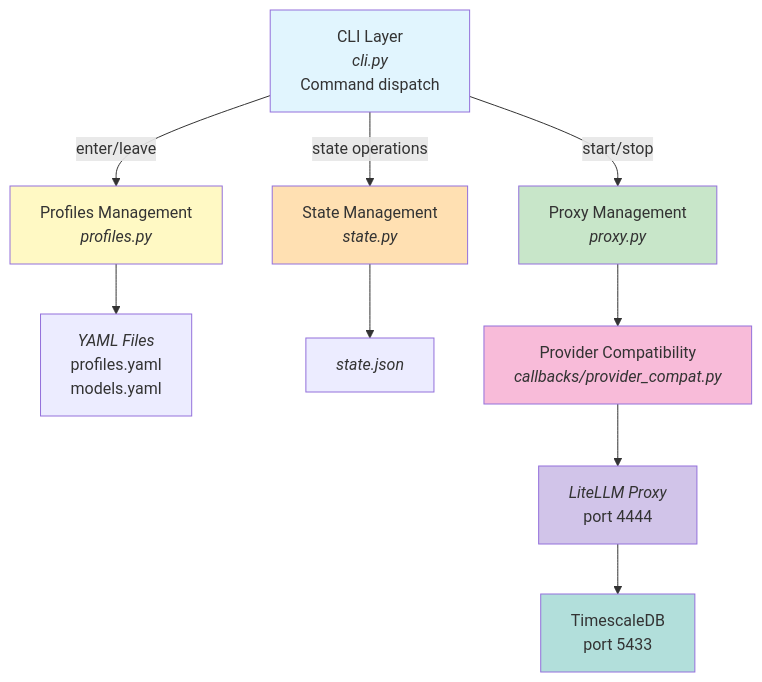
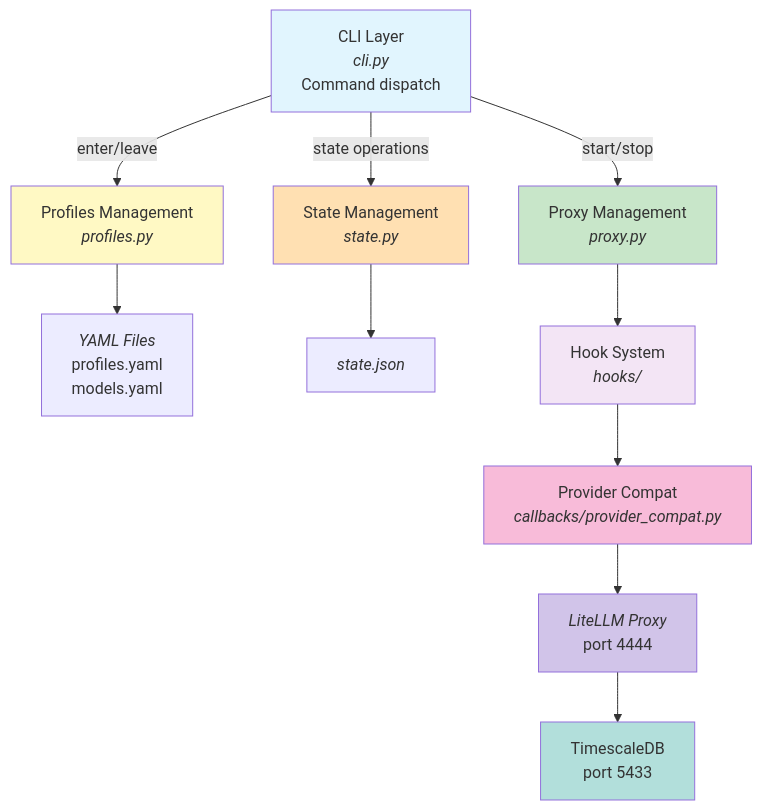
One commit to noizu/run-claude changed the diagram in docs/PROJ-ARCH.md. Above: the diagram before and after it, drawn with Mermaid. The commit also changed other lines of this file and 18 other files, not shown here.

````diff
--- a/docs/PROJ-ARCH.md
+++ b/docs/PROJ-ARCH.md
@@ -7,21 +7,23 @@
 ```mermaid
 graph TD
     CLI[CLI Layer<br/><i>cli.py</i><br/>Command dispatch] --> |enter/leave| PROFILES
     CLI --> |state operations| STATE
     CLI --> |start/stop| PROXY
 
     PROFILES[Profiles Management<br/><i>profiles.py</i>] --> YAML[<i>YAML Files</i><br/>profiles.yaml<br/>models.yaml]
     STATE[State Management<br/><i>state.py</i>] --> STATEFILE[<i>state.json</i>]
-    PROXY[Proxy Management<br/><i>proxy.py</i>] --> COMPAT[Provider Compatibility<br/><i>callbacks/provider_compat.py</i>]
+    PROXY[Proxy Management<br/><i>proxy.py</i>] --> HOOKS[Hook System<br/><i>hooks/</i>]
+    HOOKS --> COMPAT[Provider Compat<br/><i>callbacks/provider_compat.py</i>]
 
     COMPAT --> LITELLM[<i>LiteLLM Proxy</i><br/>port 4444]
     LITELLM --> DB[TimescaleDB<br/>port 5433]
 
     style CLI fill:#e1f5fe
     style PROFILES fill:#fff9c4
     style STATE fill:#ffe0b2
     style PROXY fill:#c8e6c9
+    style HOOKS fill:#f3e5f5
     style COMPAT fill:#f8bbd9
     style LITELLM fill:#d1c4e9
     style DB fill:#b2dfdb
 ```
````
